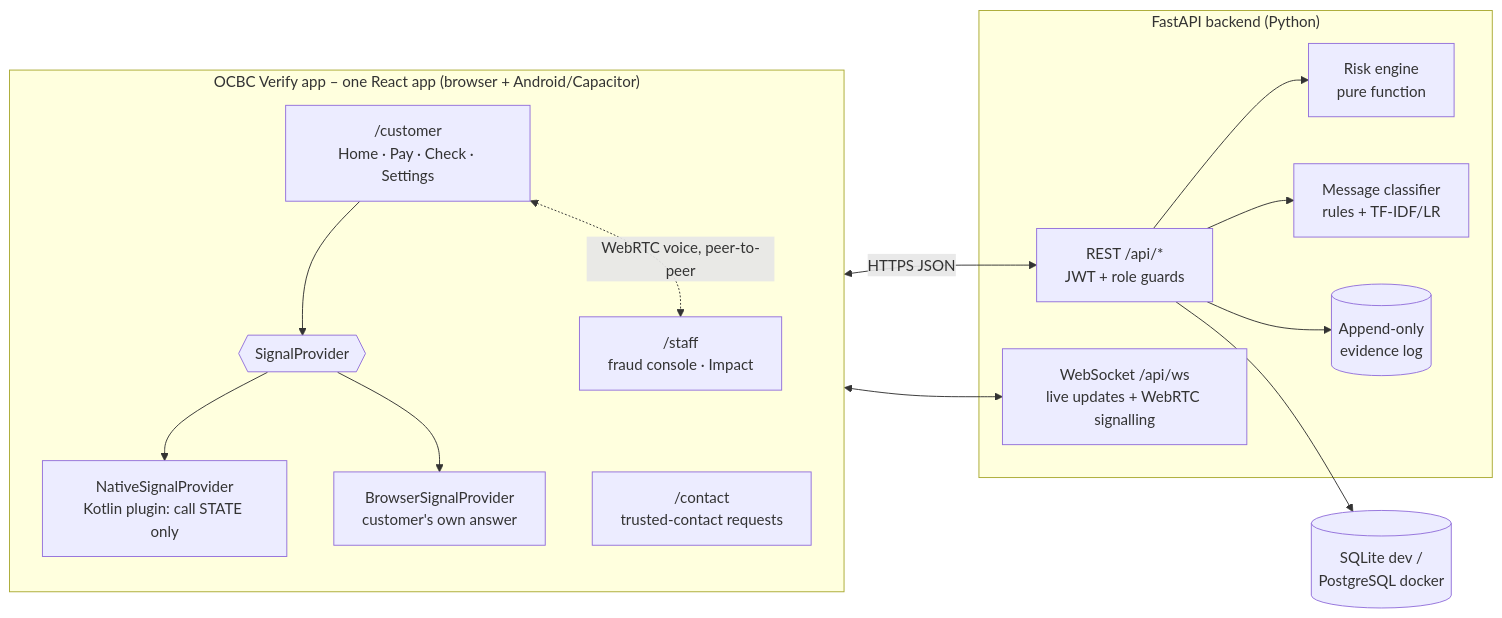
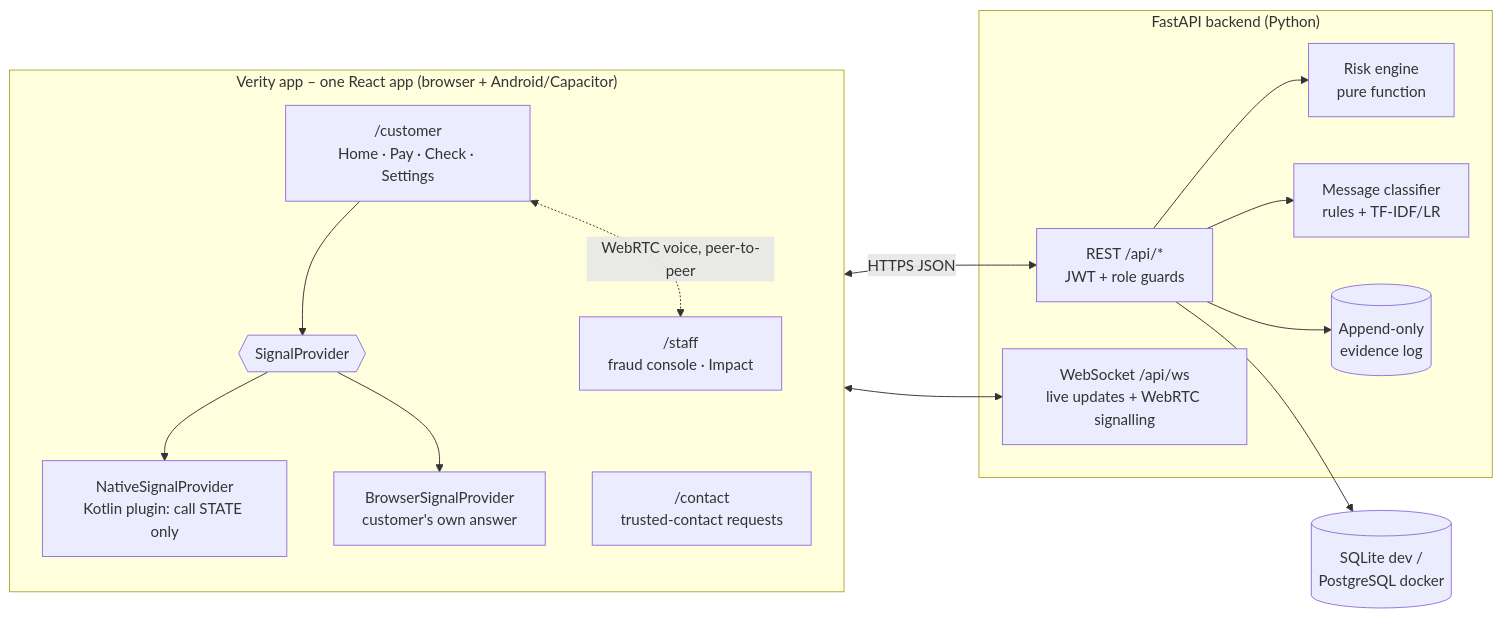
One commit to Jinyu778/ocbc-verify changed the diagram in README.md. Above: the diagram before and after it, drawn with Mermaid. The commit also changed other lines of this file and 23 other files, not shown here.

````diff
--- a/README.md
+++ b/README.md
@@ -77,29 +77,29 @@
 ```mermaid
 flowchart LR
-  subgraph APP["OCBC Verify app – one React app (browser + Android/Capacitor)"]
+  subgraph APP["Verity app – one React app (browser + Android/Capacitor)"]
     C["/customer<br/>Home · Pay · Check · Settings"]
     T["/contact<br/>trusted-contact requests"]
     S["/staff<br/>fraud console · Impact"]
     SP{{SignalProvider}}
     NP[NativeSignalProvider<br/>Kotlin plugin: call STATE only]
     BP[BrowserSignalProvider<br/>customer's own answer]
     C --> SP
     SP --> NP
     SP --> BP
   end
   subgraph API["FastAPI backend (Python)"]
     R[REST /api/*<br/>JWT + role guards]
     WS[WebSocket /api/ws<br/>live updates + WebRTC signalling]
     RE[Risk engine<br/>pure function]
     ML[Message classifier<br/>rules + TF-IDF/LR]
     EV[(Append-only<br/>evidence log)]
   end
   DB[(SQLite dev /<br/>PostgreSQL docker)]
   APP <-->|HTTPS JSON| R
   APP <--> WS
   R --> RE
   R --> ML
   R --> EV
   R --> DB
   C <-.->|WebRTC voice, peer-to-peer| S
 ```
````
